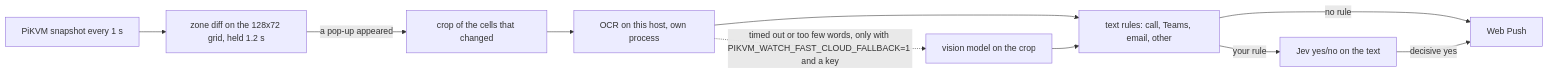
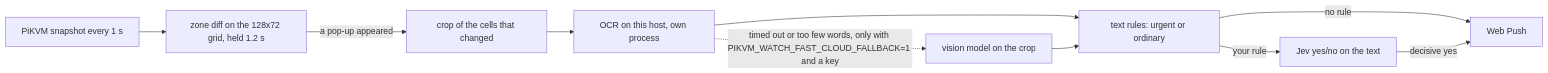
Before and after one commit to kierandrewett/pikvm-desktop-agentic: the third of 3 diagrams in docs/deploy-web.md, drawn with Mermaid. The commit also changed other lines of this file and 18 other files, not shown here.

````diff
--- a/docs/deploy-web.md
+++ b/docs/deploy-web.md
@@ -183,12 +183,12 @@
 ```mermaid
 flowchart LR
     pi[PiKVM snapshot every 1 s] --> zone[zone diff on the 128x72 grid, held 1.2 s]
     zone -->|a pop-up appeared| crop[crop of the cells that changed]
     crop --> ocr[OCR on this host, own process]
-    ocr --> rules[text rules: call, Teams, email, other]
+    ocr --> rules[text rules: urgent or ordinary]
     rules -->|no rule| push[Web Push]
     rules -->|your rule| jev[Jev yes/no on the text]
     jev -->|decisive yes| push
     ocr -.->|timed out or too few words, only with PIKVM_WATCH_FAST_CLOUD_FALLBACK=1 and a key| vision[vision model on the crop]
     vision --> rules
 ```
````
